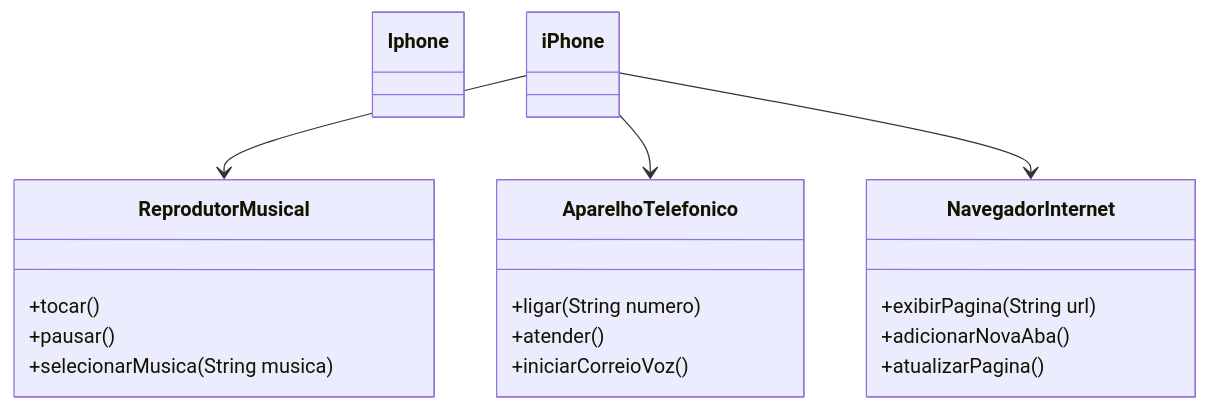
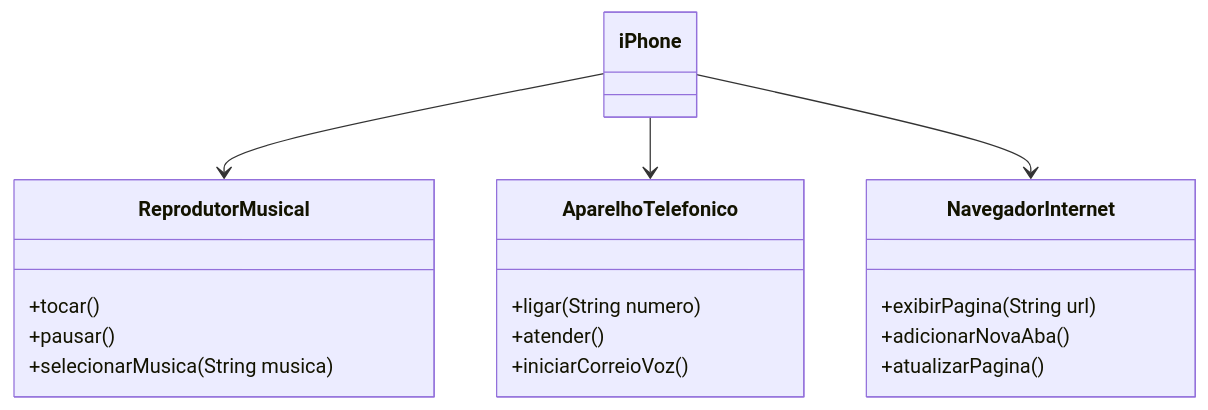
One commit to victorCNeves/DesafioPOO changed the diagram in README.md. Above: the diagram before and after it, drawn with Mermaid.

Commit message:
alteração nome de classe

````diff
--- a/README.md
+++ b/README.md
@@ -1,28 +1,28 @@
 ```mermaid
 classDiagram
     class ReprodutorMusical{
         +tocar()
         +pausar()
         +selecionarMusica(String musica)
     }
 
     class AparelhoTelefonico{
         +ligar(String numero)
         +atender()
         +iniciarCorreioVoz()
     }
 
     class NavegadorInternet{
         +exibirPagina(String url)
         +adicionarNovaAba()
         +atualizarPagina()
     }
 
-    class Iphone{
+    class iPhone{
 
     }
 
     iPhone --> ReprodutorMusical
     iPhone --> AparelhoTelefonico
     iPhone --> NavegadorInternet
 ```
````
